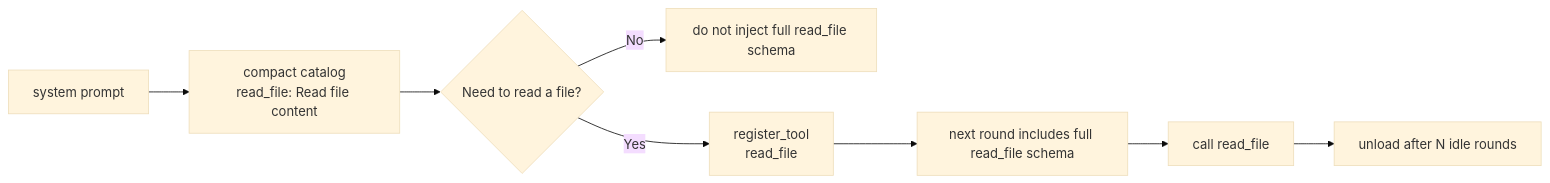
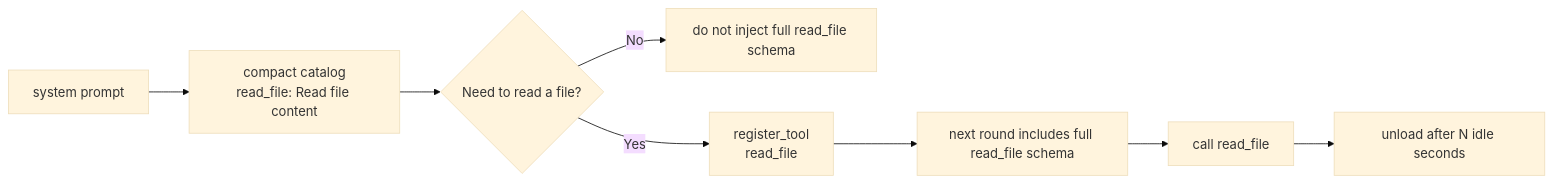
The first of 2 diagrams in README.md (Micro-Mood/Orion), drawn with Mermaid (base theme) before and after one commit. The commit also changed other lines of this file and 16 other files, not shown here.

````diff
--- a/README.md
+++ b/README.md
@@ -107,10 +107,10 @@
 ```mermaid
 flowchart LR
     A[system prompt] --> B[compact catalog<br/>read_file: Read file content]
     B --> C{Need to read a file?}
     C -- No --> D[do not inject full read_file schema]
     C -- Yes --> E[register_tool<br/>read_file]
     E --> F[next round includes full read_file schema]
     F --> G[call read_file]
-    G --> H[unload after N idle rounds]
+    G --> H[unload after N idle seconds]
 ```
````
